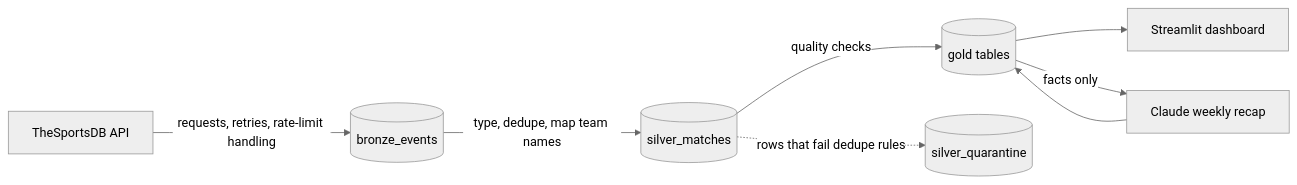
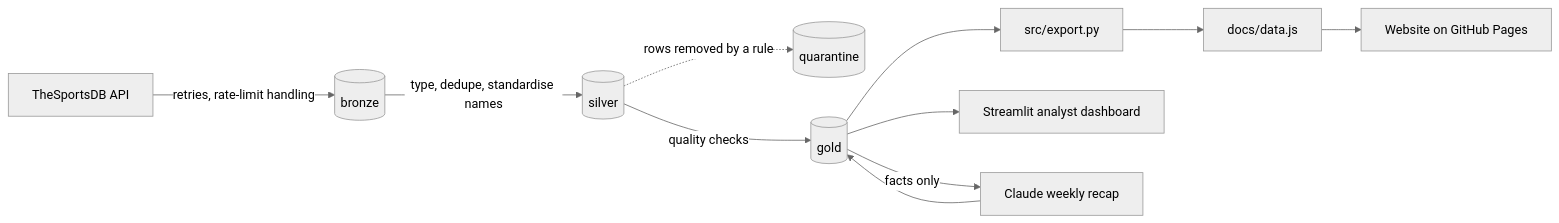
One commit to dhludhlazinhle-ops/psl-form-guide changed the diagram in README.md. Above: the diagram before and after it, drawn with Mermaid (neutral theme). The commit also changed other lines of this file and 6 other files, not shown here.

Commit message:
feat: static website with club badges, data export and new README

````diff
--- a/README.md
+++ b/README.md
@@ -18,10 +23,13 @@
 ```mermaid
 flowchart LR
-    API[TheSportsDB API] -->|requests, retries, rate-limit handling| B[(bronze_events)]
-    B -->|type, dedupe, map team names| S[(silver_matches)]
-    S -->|quality checks| G[(gold tables)]
-    S -.->|rows that fail dedupe rules| Q[(silver_quarantine)]
-    G --> D[Streamlit dashboard]
+    API[TheSportsDB API] -->|retries, rate-limit handling| B[(bronze)]
+    B -->|type, dedupe, standardise names| S[(silver)]
+    S -.->|rows removed by a rule| Q[(quarantine)]
+    S -->|quality checks| G[(gold)]
+    G --> X[src/export.py]
+    X --> J[docs/data.js]
+    J --> W[Website on GitHub Pages]
+    G --> D[Streamlit analyst dashboard]
     G -->|facts only| C[Claude weekly recap]
     C --> G
 ```
````
